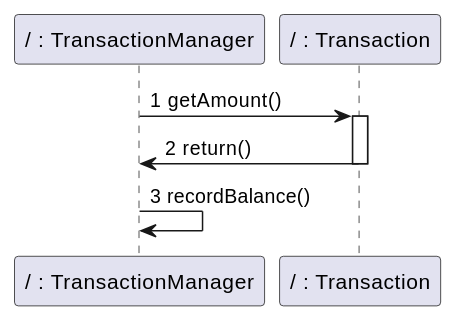
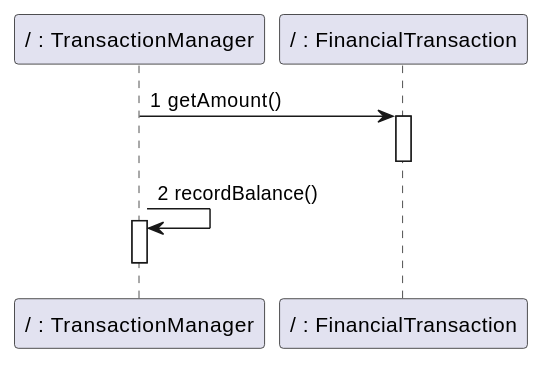
Diagram 18 of 18 in Deliverables/DesignDocument.md (nicolabattaglino/ezshop), drawn with PlantUML before and after one commit. The commit also changed other lines of this file, not shown here.

````diff
--- a/Deliverables/DesignDocument.md
+++ b/Deliverables/DesignDocument.md
@@ -909,14 +902,15 @@
 ```plantuml
 @startuml
 
 
 participant "/ : TransactionManager" as TransactionManager
-participant "/ : Transaction" as Transaction
+participant "/ : FinancialTransaction" as FinancialTransaction
 
-TransactionManager-> Transaction:1 getAmount()
-activate Transaction
-Transaction -> TransactionManager:2 return()
-deactivate Transaction
-TransactionManager -> TransactionManager:3 recordBalance() 
+TransactionManager-> FinancialTransaction:1 getAmount()
+activate FinancialTransaction
+deactivate FinancialTransaction
+TransactionManager -> TransactionManager:2 recordBalance() 
+activate TransactionManager
+deactivate TransactionManager
 @enduml
 ```
````
